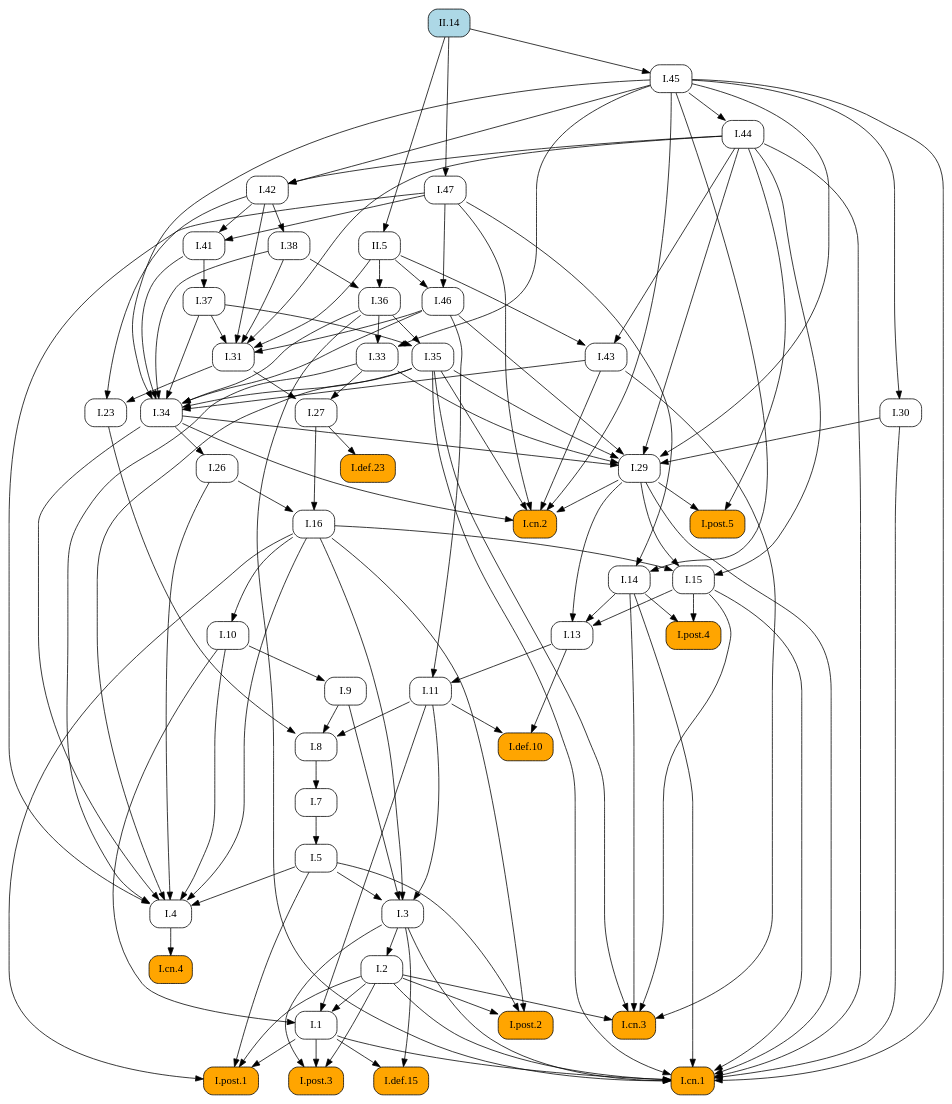
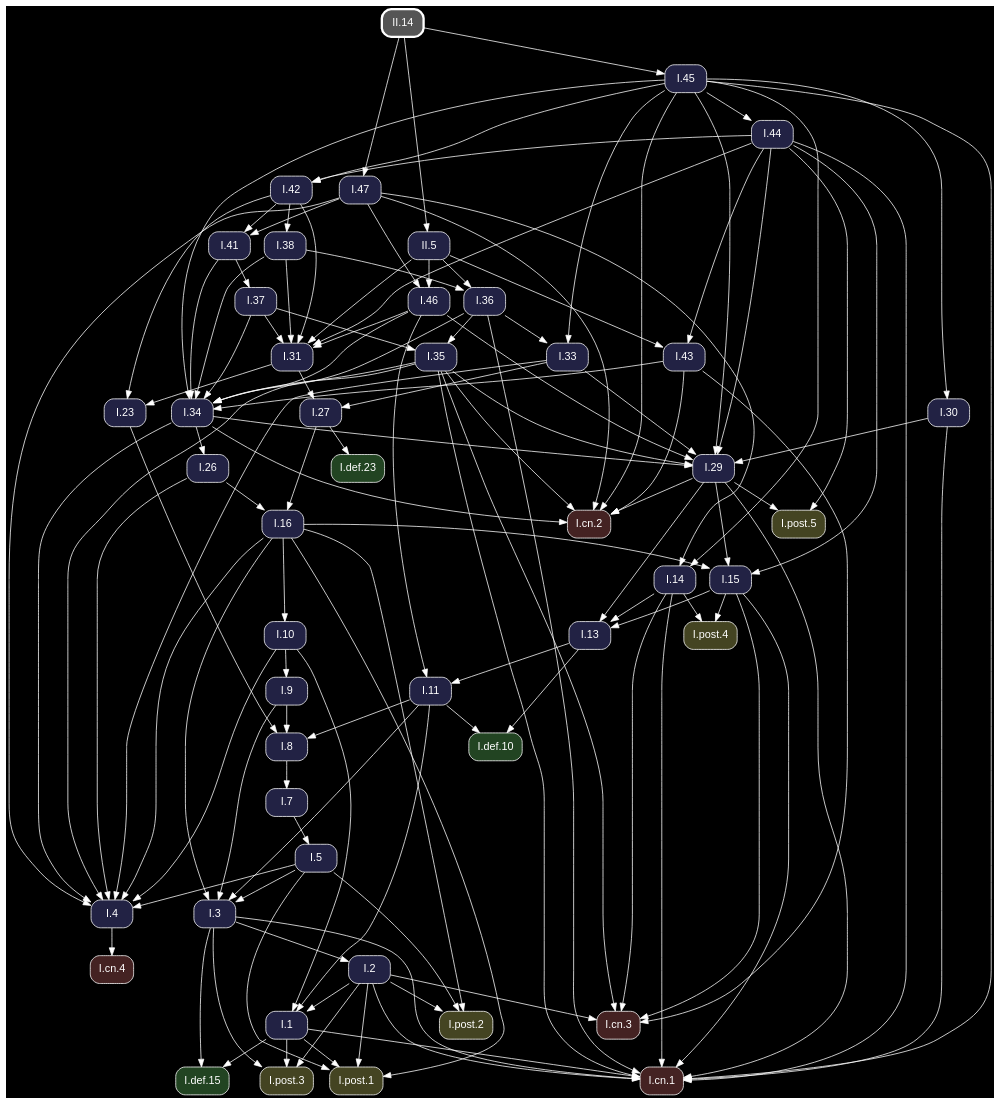
One commit to geometor/elements changed the diagram in docsrc/heath/II/14/index.rst. Above: the diagram before and after it, drawn with Graphviz. The commit also changed other lines of this file and 1200 other files, not shown here.

Commit message:
update dependency graphs

```diff
--- a/docsrc/heath/II/14/index.rst
+++ b/docsrc/heath/II/14/index.rst
@@ -92,102 +92,67 @@
 .. graphviz::
 
    digraph {
+     bgcolor="black";
+     node [shape=box, style="rounded,filled", fontname="Helvetica", color="white", fontcolor="white"];
+     edge [color="white", fontcolor="white"];
      rankdir="TB";
-     node [shape=box, style=rounded];
-     "I.23" [URL="/heath/I/23/", target="_top"];
-     "I.9" [URL="/heath/I/9/", target="_top"];
-     "I.33" [URL="/heath/I/33/", target="_top"];
-     "I.def.15" [style="rounded,filled", fillcolor=orange, URL="/heath/I/def.15/", target="_top"];
-     "I.47" [URL="/heath/I/47/", target="_top"];
-     "I.post.3" [style="rounded,filled", fillcolor=orange, URL="/heath/I/post.3/", target="_top"];
-     "I.post.1" [style="rounded,filled", fillcolor=orange, URL="/heath/I/post.1/", target="_top"];
-     "I.43" [URL="/heath/I/43/", target="_top"];
-     "I.30" [URL="/heath/I/30/", target="_top"];
-     "II.5" [URL="/heath/II/5/", target="_top"];
-     "I.42" [URL="/heath/I/42/", target="_top"];
-     "I.31" [URL="/heath/I/31/", target="_top"];
-     "I.def.10" [style="rounded,filled", fillcolor=orange, URL="/heath/I/def.10/", target="_top"];
-     "II.14" [style="rounded,filled", fillcolor=lightblue, URL="/heath/II/14/", target="_top"];
-     "I.27" [URL="/heath/I/27/", target="_top"];
-     "I.14" [URL="/heath/I/14/", target="_top"];
-     "I.34" [URL="/heath/I/34/", target="_top"];
-     "I.3" [URL="/heath/I/3/", target="_top"];
-     "I.35" [URL="/heath/I/35/", target="_top"];
-     "I.cn.1" [style="rounded,filled", fillcolor=orange, URL="/heath/I/cn.1/", target="_top"];
-     "I.7" [URL="/heath/I/7/", target="_top"];
-     "I.2" [URL="/heath/I/2/", target="_top"];
-     "I.36" [URL="/heath/I/36/", target="_top"];
-     "I.13" [URL="/heath/I/13/", target="_top"];
-     "I.post.4" [style="rounded,filled", fillcolor=orange, URL="/heath/I/post.4/", target="_top"];
-     "I.4" [URL="/heath/I/4/", target="_top"];
-     "I.1" [URL="/heath/I/1/", target="_top"];
-     "I.5" [URL="/heath/I/5/", target="_top"];
-     "I.37" [URL="/heath/I/37/", target="_top"];
-     "I.8" [URL="/heath/I/8/", target="_top"];
-     "I.45" [URL="/heath/I/45/", target="_top"];
-     "I.29" [URL="/heath/I/29/", target="_top"];
-     "I.cn.3" [style="rounded,filled", fillcolor=orange, URL="/heath/I/cn.3/", target="_top"];
-     "I.16" [URL="/heath/I/16/", target="_top"];
-     "I.38" [URL="/heath/I/38/", target="_top"];
-     "I.15" [URL="/heath/I/15/", target="_top"];
-     "I.10" [URL="/heath/I/10/", target="_top"];
-     "I.11" [URL="/heath/I/11/", target="_top"];
-     "I.def.23" [style="rounded,filled", fillcolor=orange, URL="/heath/I/def.23/", target="_top"];
-     "I.cn.2" [style="rounded,filled", fillcolor=orange, URL="/heath/I/cn.2/", target="_top"];
-     "I.post.5" [style="rounded,filled", fillcolor=orange, URL="/heath/I/post.5/", target="_top"];
-     "I.44" [URL="/heath/I/44/", target="_top"];
-     "I.cn.4" [style="rounded,filled", fillcolor=orange, URL="/heath/I/cn.4/", target="_top"];
-     "I.41" [URL="/heath/I/41/", target="_top"];
-     "I.post.2" [style="rounded,filled", fillcolor=orange, URL="/heath/I/post.2/", target="_top"];
-     "I.46" [URL="/heath/I/46/", target="_top"];
-     "I.26" [URL="/heath/I/26/", target="_top"];
-     "I.31" -> "I.23";
-     "I.42" -> "I.23";
-     "I.10" -> "I.9";
-     "I.36" -> "I.33";
-     "I.45" -> "I.33";
-     "I.1" -> "I.def.15";
-     "I.3" -> "I.def.15";
-     "II.14" -> "I.47";
-     "I.1" -> "I.post.3";
-     "I.2" -> "I.post.3";
-     "I.3" -> "I.post.3";
-     "I.1" -> "I.post.1";
-     "I.2" -> "I.post.1";
-     "I.5" -> "I.post.1";
-     "I.16" -> "I.post.1";
-     "I.44" -> "I.43";
-     "II.5" -> "I.43";
-     "I.45" -> "I.30";
-     "II.14" -> "II.5";
-     "I.44" -> "I.42";
-     "I.45" -> "I.42";
+     "I.31" [fillcolor="#222244", URL="/heath/I/31/", target="_top"];
+     "I.3" [fillcolor="#222244", URL="/heath/I/3/", target="_top"];
+     "I.cn.1" [fillcolor="#442222", URL="/heath/I/cn.1/", target="_top"];
+     "I.def.10" [fillcolor="#224422", URL="/heath/I/def.10/", target="_top"];
+     "I.15" [fillcolor="#222244", URL="/heath/I/15/", target="_top"];
+     "I.13" [fillcolor="#222244", URL="/heath/I/13/", target="_top"];
+     "I.27" [fillcolor="#222244", URL="/heath/I/27/", target="_top"];
+     "I.2" [fillcolor="#222244", URL="/heath/I/2/", target="_top"];
+     "I.41" [fillcolor="#222244", URL="/heath/I/41/", target="_top"];
+     "I.cn.2" [fillcolor="#442222", URL="/heath/I/cn.2/", target="_top"];
+     "I.9" [fillcolor="#222244", URL="/heath/I/9/", target="_top"];
+     "I.43" [fillcolor="#222244", URL="/heath/I/43/", target="_top"];
+     "I.post.5" [fillcolor="#444422", URL="/heath/I/post.5/", target="_top"];
+     "I.1" [fillcolor="#222244", URL="/heath/I/1/", target="_top"];
+     "I.post.4" [fillcolor="#444422", URL="/heath/I/post.4/", target="_top"];
+     "I.23" [fillcolor="#222244", URL="/heath/I/23/", target="_top"];
+     "I.42" [fillcolor="#222244", URL="/heath/I/42/", target="_top"];
+     "I.26" [fillcolor="#222244", URL="/heath/I/26/", target="_top"];
+     "I.8" [fillcolor="#222244", URL="/heath/I/8/", target="_top"];
+     "I.4" [fillcolor="#222244", URL="/heath/I/4/", target="_top"];
+     "I.7" [fillcolor="#222244", URL="/heath/I/7/", target="_top"];
+     "I.5" [fillcolor="#222244", URL="/heath/I/5/", target="_top"];
+     "I.10" [fillcolor="#222244", URL="/heath/I/10/", target="_top"];
+     "I.46" [fillcolor="#222244", URL="/heath/I/46/", target="_top"];
+     "I.post.1" [fillcolor="#444422", URL="/heath/I/post.1/", target="_top"];
+     "I.11" [fillcolor="#222244", URL="/heath/I/11/", target="_top"];
+     "I.37" [fillcolor="#222244", URL="/heath/I/37/", target="_top"];
+     "I.16" [fillcolor="#222244", URL="/heath/I/16/", target="_top"];
+     "I.cn.3" [fillcolor="#442222", URL="/heath/I/cn.3/", target="_top"];
+     "I.36" [fillcolor="#222244", URL="/heath/I/36/", target="_top"];
+     "I.38" [fillcolor="#222244", URL="/heath/I/38/", target="_top"];
+     "I.29" [fillcolor="#222244", URL="/heath/I/29/", target="_top"];
+     "I.post.2" [fillcolor="#444422", URL="/heath/I/post.2/", target="_top"];
+     "I.cn.4" [fillcolor="#442222", URL="/heath/I/cn.4/", target="_top"];
+     "I.47" [fillcolor="#222244", URL="/heath/I/47/", target="_top"];
+     "I.14" [fillcolor="#222244", URL="/heath/I/14/", target="_top"];
+     "I.35" [fillcolor="#222244", URL="/heath/I/35/", target="_top"];
+     "I.def.23" [fillcolor="#224422", URL="/heath/I/def.23/", target="_top"];
+     "I.30" [fillcolor="#222244", URL="/heath/I/30/", target="_top"];
+     "I.post.3" [fillcolor="#444422", URL="/heath/I/post.3/", target="_top"];
+     "I.33" [fillcolor="#222244", URL="/heath/I/33/", target="_top"];
+     "II.14" [penwidth=3, color="white", fillcolor="#555555", URL="/heath/II/14/", target="_top"];
+     "I.45" [fillcolor="#222244", URL="/heath/I/45/", target="_top"];
+     "I.34" [fillcolor="#222244", URL="/heath/I/34/", target="_top"];
+     "II.5" [fillcolor="#222244", URL="/heath/II/5/", target="_top"];
+     "I.44" [fillcolor="#222244", URL="/heath/I/44/", target="_top"];
+     "I.def.15" [fillcolor="#224422", URL="/heath/I/def.15/", target="_top"];
      "I.37" -> "I.31";
      "I.38" -> "I.31";
      "I.42" -> "I.31";
      "I.44" -> "I.31";
      "I.46" -> "I.31";
      "II.5" -> "I.31";
-     "I.11" -> "I.def.10";
-     "I.13" -> "I.def.10";
-     "I.31" -> "I.27";
-     "I.33" -> "I.27";
-     "I.45" -> "I.14";
-     "I.47" -> "I.14";
-     "I.35" -> "I.34";
-     "I.36" -> "I.34";
-     "I.37" -> "I.34";
-     "I.38" -> "I.34";
-     "I.41" -> "I.34";
-     "I.43" -> "I.34";
-     "I.45" -> "I.34";
-     "I.46" -> "I.34";
      "I.5" -> "I.3";
      "I.9" -> "I.3";
      "I.11" -> "I.3";
      "I.16" -> "I.3";
-     "I.36" -> "I.35";
-     "I.37" -> "I.35";
      "I.1" -> "I.cn.1";
      "I.2" -> "I.cn.1";
      "I.3" -> "I.cn.1";
@@ -199,15 +164,43 @@
      "I.36" -> "I.cn.1";
      "I.44" -> "I.cn.1";
      "I.45" -> "I.cn.1";
-     "I.8" -> "I.7";
-     "I.3" -> "I.2";
-     "I.38" -> "I.36";
-     "II.5" -> "I.36";
+     "I.11" -> "I.def.10";
+     "I.13" -> "I.def.10";
+     "I.16" -> "I.15";
+     "I.29" -> "I.15";
+     "I.44" -> "I.15";
      "I.14" -> "I.13";
      "I.15" -> "I.13";
      "I.29" -> "I.13";
+     "I.31" -> "I.27";
+     "I.33" -> "I.27";
+     "I.3" -> "I.2";
+     "I.42" -> "I.41";
+     "I.47" -> "I.41";
+     "I.29" -> "I.cn.2";
+     "I.34" -> "I.cn.2";
+     "I.35" -> "I.cn.2";
+     "I.43" -> "I.cn.2";
+     "I.45" -> "I.cn.2";
+     "I.47" -> "I.cn.2";
+     "I.10" -> "I.9";
+     "I.44" -> "I.43";
+     "II.5" -> "I.43";
+     "I.29" -> "I.post.5";
+     "I.44" -> "I.post.5";
+     "I.2" -> "I.1";
+     "I.10" -> "I.1";
+     "I.11" -> "I.1";
      "I.14" -> "I.post.4";
      "I.15" -> "I.post.4";
+     "I.31" -> "I.23";
+     "I.42" -> "I.23";
+     "I.44" -> "I.42";
+     "I.45" -> "I.42";
+     "I.34" -> "I.26";
+     "I.9" -> "I.8";
+     "I.11" -> "I.8";
+     "I.23" -> "I.8";
      "I.5" -> "I.4";
      "I.10" -> "I.4";
      "I.16" -> "I.4";
@@ -216,15 +209,28 @@
      "I.34" -> "I.4";
      "I.35" -> "I.4";
      "I.47" -> "I.4";
-     "I.2" -> "I.1";
-     "I.10" -> "I.1";
-     "I.11" -> "I.1";
+     "I.8" -> "I.7";
      "I.7" -> "I.5";
+     "I.16" -> "I.10";
+     "I.47" -> "I.46";
+     "II.5" -> "I.46";
+     "I.1" -> "I.post.1";
+     "I.2" -> "I.post.1";
+     "I.5" -> "I.post.1";
+     "I.16" -> "I.post.1";
+     "I.13" -> "I.11";
+     "I.46" -> "I.11";
      "I.41" -> "I.37";
-     "I.9" -> "I.8";
-     "I.11" -> "I.8";
-     "I.23" -> "I.8";
-     "II.14" -> "I.45";
+     "I.26" -> "I.16";
+     "I.27" -> "I.16";
+     "I.2" -> "I.cn.3";
+     "I.14" -> "I.cn.3";
+     "I.15" -> "I.cn.3";
+     "I.35" -> "I.cn.3";
+     "I.43" -> "I.cn.3";
+     "I.38" -> "I.36";
+     "II.5" -> "I.36";
+     "I.42" -> "I.38";
      "I.30" -> "I.29";
      "I.33" -> "I.29";
      "I.34" -> "I.29";
@@ -232,37 +238,33 @@
      "I.44" -> "I.29";
      "I.45" -> "I.29";
      "I.46" -> "I.29";
-     "I.2" -> "I.cn.3";
-     "I.14" -> "I.cn.3";
-     "I.15" -> "I.cn.3";
-     "I.35" -> "I.cn.3";
-     "I.43" -> "I.cn.3";
-     "I.26" -> "I.16";
-     "I.27" -> "I.16";
-     "I.42" -> "I.38";
-     "I.16" -> "I.15";
-     "I.29" -> "I.15";
-     "I.44" -> "I.15";
-     "I.16" -> "I.10";
-     "I.13" -> "I.11";
-     "I.46" -> "I.11";
-     "I.27" -> "I.def.23";
-     "I.29" -> "I.cn.2";
-     "I.34" -> "I.cn.2";
-     "I.35" -> "I.cn.2";
-     "I.43" -> "I.cn.2";
-     "I.45" -> "I.cn.2";
-     "I.47" -> "I.cn.2";
-     "I.29" -> "I.post.5";
-     "I.44" -> "I.post.5";
-     "I.45" -> "I.44";
-     "I.4" -> "I.cn.4";
-     "I.42" -> "I.41";
-     "I.47" -> "I.41";
      "I.2" -> "I.post.2";
      "I.5" -> "I.post.2";
      "I.16" -> "I.post.2";
-     "I.47" -> "I.46";
-     "II.5" -> "I.46";
-     "I.34" -> "I.26";
+     "I.4" -> "I.cn.4";
+     "II.14" -> "I.47";
+     "I.45" -> "I.14";
+     "I.47" -> "I.14";
+     "I.36" -> "I.35";
+     "I.37" -> "I.35";
+     "I.27" -> "I.def.23";
+     "I.45" -> "I.30";
+     "I.1" -> "I.post.3";
+     "I.2" -> "I.post.3";
+     "I.3" -> "I.post.3";
+     "I.36" -> "I.33";
+     "I.45" -> "I.33";
+     "II.14" -> "I.45";
+     "I.35" -> "I.34";
+     "I.36" -> "I.34";
+     "I.37" -> "I.34";
+     "I.38" -> "I.34";
+     "I.41" -> "I.34";
+     "I.43" -> "I.34";
+     "I.45" -> "I.34";
+     "I.46" -> "I.34";
+     "II.14" -> "II.5";
+     "I.45" -> "I.44";
+     "I.1" -> "I.def.15";
+     "I.3" -> "I.def.15";
    }
```
